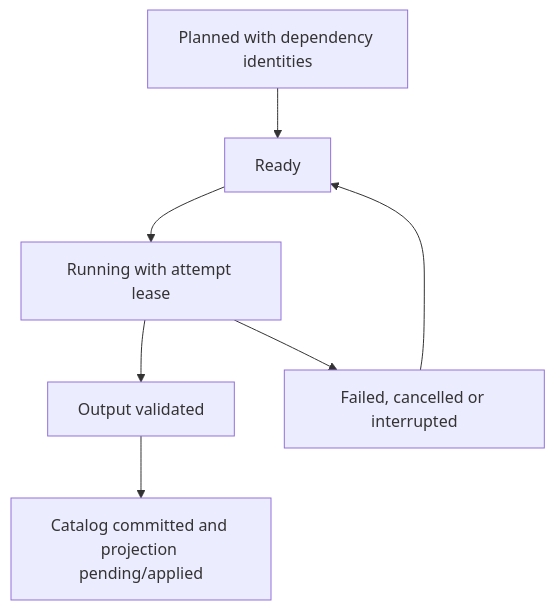
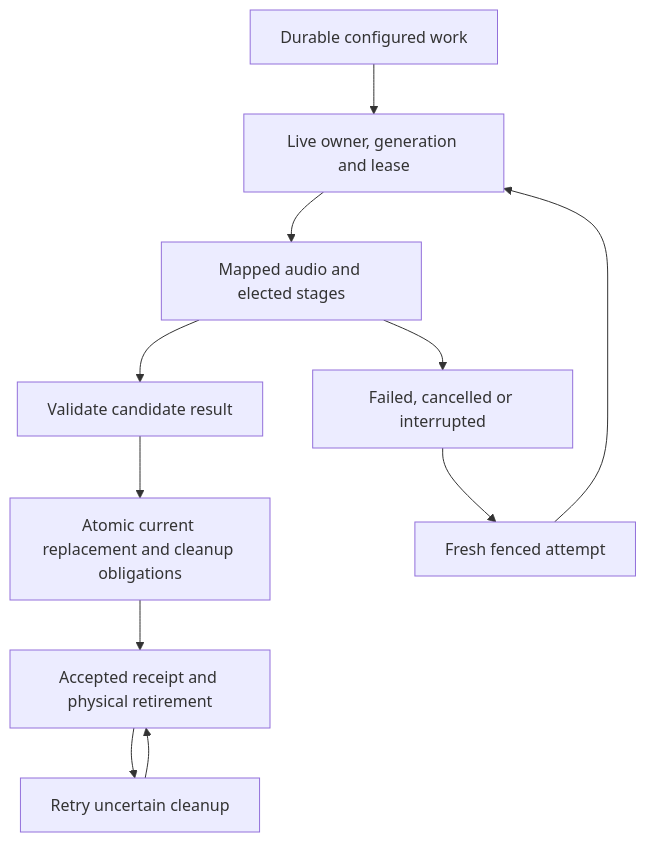
One commit to shruggietech/insonic changed the second of 2 diagrams in docs/v0.0.0/pipelines.md. Above: the diagram before and after it, drawn with Mermaid. The commit also changed other lines of this file and 144 other files, not shown here.

````diff
--- a/docs/v0.0.0/pipelines.md
+++ b/docs/v0.0.0/pipelines.md
@@ -57,9 +55,13 @@
 ```mermaid
 flowchart TB
-  Planned[Planned with dependency identities] --> Ready[Ready]
-  Ready --> Running[Running with attempt lease]
-  Running --> Validated[Output validated]
-  Validated --> Published[Catalog committed and projection pending/applied]
-  Running --> Interrupted[Failed, cancelled or interrupted]
-  Interrupted --> Ready
+  Ready[Durable configured work] --> Claim[Live owner, generation and lease]
+  Claim --> Compute[Mapped audio and elected stages]
+  Compute --> Validate[Validate candidate result]
+  Validate --> Commit[Atomic current replacement and cleanup obligations]
+  Compute --> Interrupted[Failed, cancelled or interrupted]
+  Interrupted --> Retry[Fresh fenced attempt]
+  Retry --> Claim
+  Commit --> Reconcile[Accepted receipt and physical retirement]
+  Reconcile --> RetryCleanup[Retry uncertain cleanup]
+  RetryCleanup --> Reconcile
 ```
````
